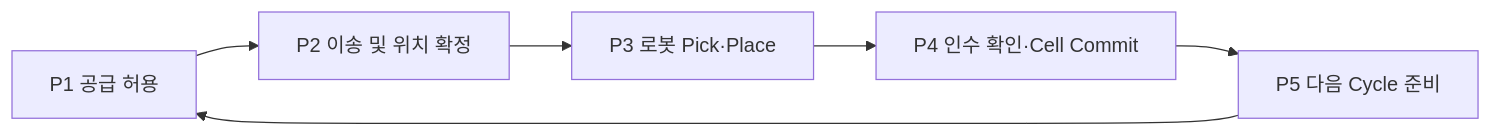
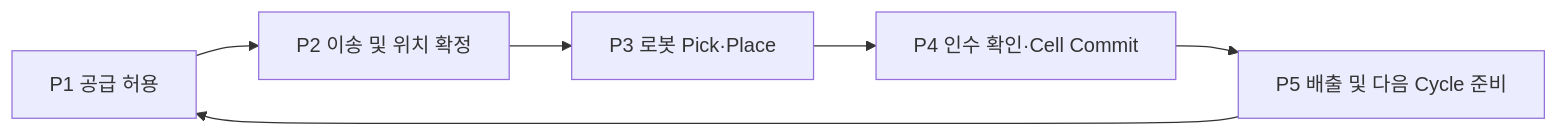
The first of 2 diagrams in docs/design/cells/conveyor-pnp-poc/cell-process.md (dev-kibeom/sftwin-arm-cell), drawn with Mermaid before and after one commit. The commit also changed other lines of this file and 2 other files, not shown here.

````diff
--- a/docs/design/cells/conveyor-pnp-poc/cell-process.md
+++ b/docs/design/cells/conveyor-pnp-poc/cell-process.md
@@ -15,8 +15,8 @@
 ```mermaid
 flowchart LR
     A[P1 공급 허용] --> B[P2 이송 및 위치 확정]
     B --> C[P3 로봇 Pick·Place]
     C --> D[P4 인수 확인·Cell Commit]
-    D --> E[P5 다음 Cycle 준비]
+    D --> E[P5 배출 및 다음 Cycle 준비]
     E --> A
 ```
````
